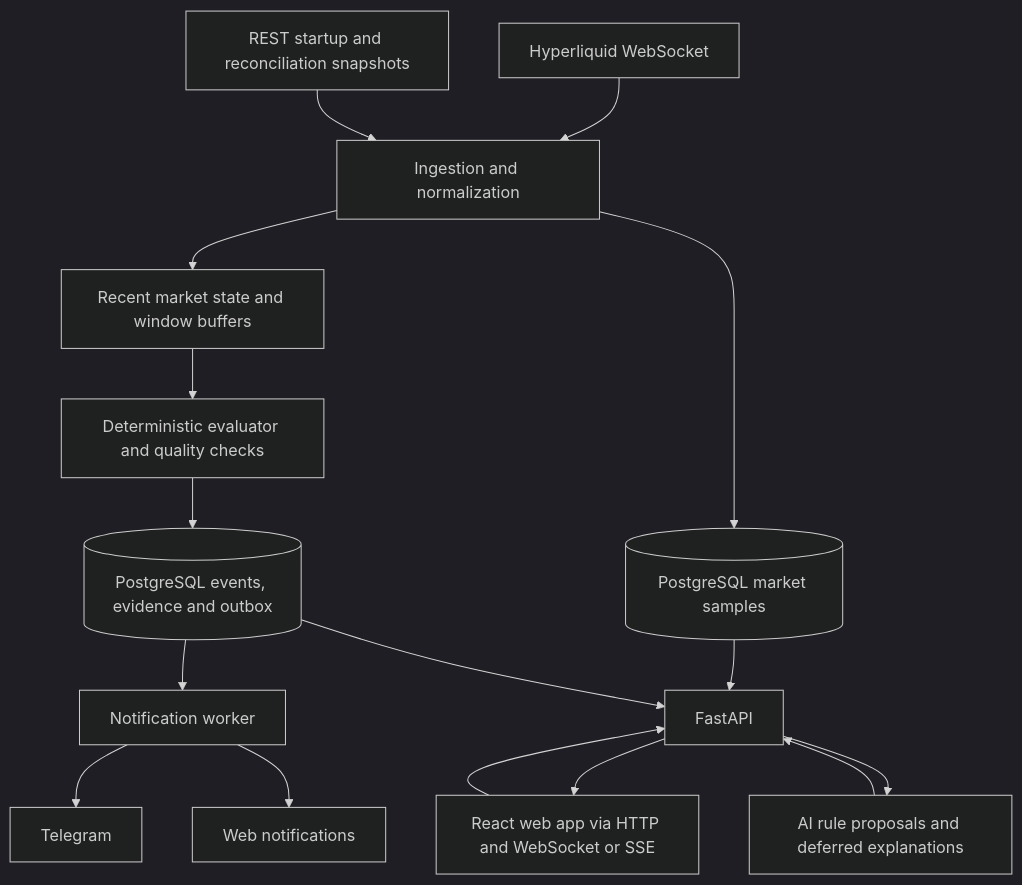
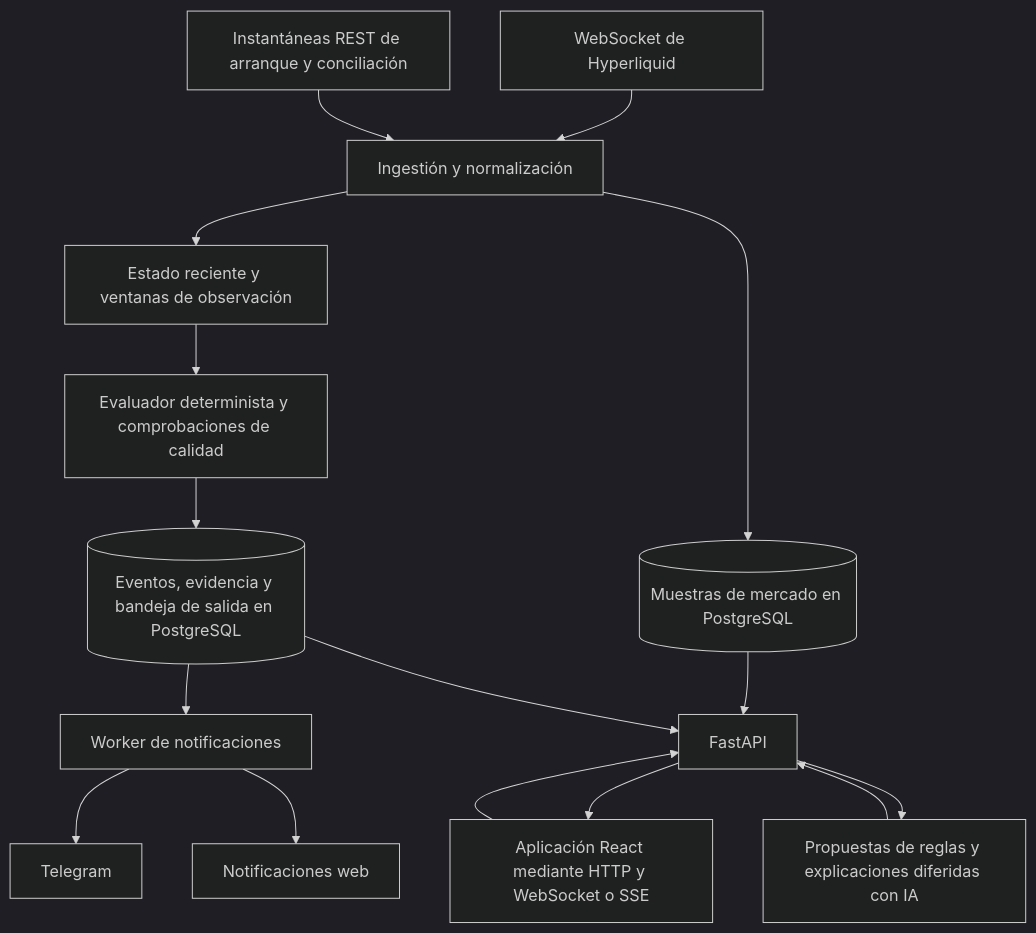
One commit to JaviChulvi/hype-radar changed the second of 2 diagrams in README.md. Above: the diagram before and after it, drawn with Mermaid (dark theme). The commit also changed other lines of this file and 3 other files, not shown here.

````diff
--- a/README.md
+++ b/README.md
@@ -425,18 +320,18 @@
 ```mermaid
 flowchart TD
-    WS[Hyperliquid WebSocket] --> ING[Ingestion and normalization]
-    REST[REST startup and reconciliation snapshots] --> ING
-    ING --> STATE[Recent market state and window buffers]
-    ING --> SAMPLES[(PostgreSQL market samples)]
-    STATE --> EVAL[Deterministic evaluator and quality checks]
-    EVAL --> EVENTS[(PostgreSQL events, evidence and outbox)]
-    EVENTS --> NOTIFY[Notification worker]
+    WS[WebSocket de Hyperliquid] --> ING[Ingestión y normalización]
+    REST[Instantáneas REST de arranque y conciliación] --> ING
+    ING --> STATE[Estado reciente y ventanas de observación]
+    ING --> SAMPLES[(Muestras de mercado en PostgreSQL)]
+    STATE --> EVAL[Evaluador determinista y comprobaciones de calidad]
+    EVAL --> EVENTS[(Eventos, evidencia y bandeja de salida en PostgreSQL)]
+    EVENTS --> NOTIFY[Worker de notificaciones]
     NOTIFY --> TG[Telegram]
-    NOTIFY --> WEB[Web notifications]
+    NOTIFY --> WEB[Notificaciones web]
     SAMPLES --> API[FastAPI]
     EVENTS --> API
-    API --> UI[React web app via HTTP and WebSocket or SSE]
+    API --> UI[Aplicación React mediante HTTP y WebSocket o SSE]
     UI --> API
-    API --> AI[AI rule proposals and deferred explanations]
+    API --> AI[Propuestas de reglas y explicaciones diferidas con IA]
     AI --> API
 ```
````
